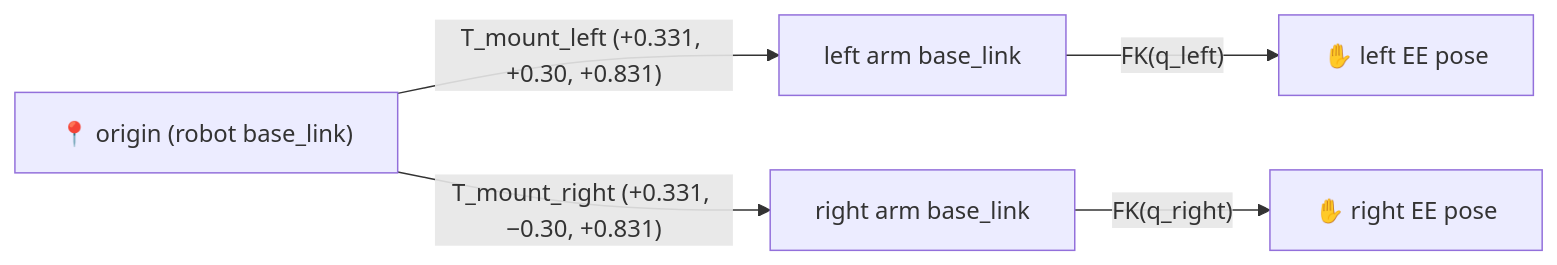
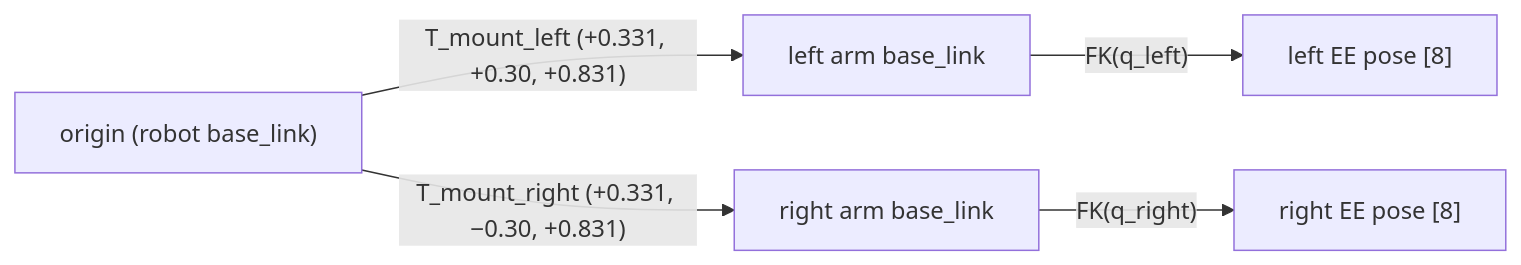
The third of 5 diagrams in tools/EE_CONVERSION.md (tiiuae/lerobot-edge), drawn with Mermaid before and after one commit. The commit also changed other lines of this file, not shown here.

````diff
--- a/tools/EE_CONVERSION.md
+++ b/tools/EE_CONVERSION.md
@@ -114,10 +133,10 @@
 ```mermaid
 graph LR
-    ROBOT["📍 origin (robot base_link)"]
+    ROBOT["origin (robot base_link)"]
 
     ROBOT -->|"T_mount_left (+0.331, +0.30, +0.831)"| LBASE3["left arm base_link"]
-    LBASE3 -->|"FK(q_left)"| LEE3["✋ left EE pose"]
+    LBASE3 -->|"FK(q_left)"| LEE3["left EE pose [8]"]
 
     ROBOT -->|"T_mount_right (+0.331, −0.30, +0.831)"| RBASE3["right arm base_link"]
-    RBASE3 -->|"FK(q_right)"| REE3["✋ right EE pose"]
+    RBASE3 -->|"FK(q_right)"| REE3["right EE pose [8]"]
 ```
````
